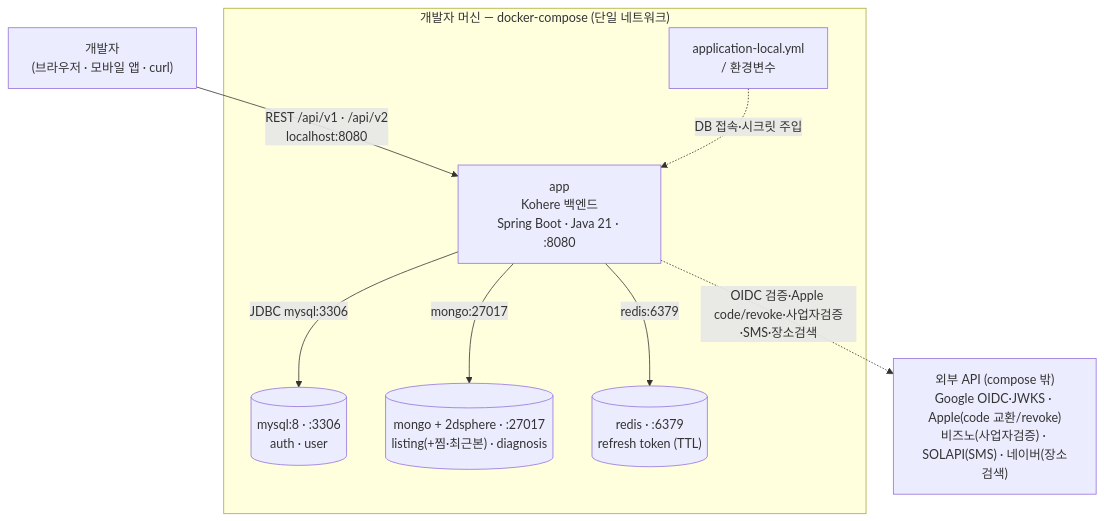
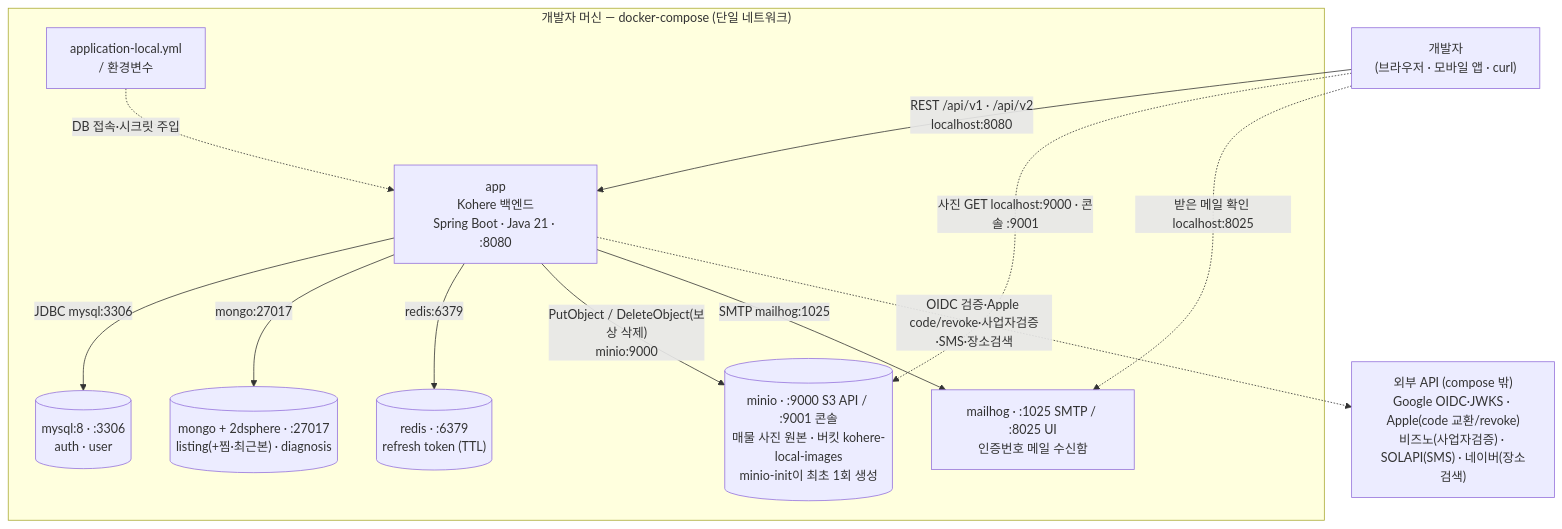
Before and after one commit to jameskim9509/Kohere-backend: the third of 5 diagrams in docs/architecture/system-overview.md, drawn with Mermaid. The commit also changed other lines of this file and 9 other files, not shown here.

First line of the commit message:
docs(architecture): 사진 저장소를 아키텍처 문서에 반영한다

````diff
--- a/docs/architecture/system-overview.md
+++ b/docs/architecture/system-overview.md
@@ -151,21 +153,27 @@
 ```mermaid
 flowchart TB
     DEV["개발자<br/>(브라우저 · 모바일 앱 · curl)"]
 
     subgraph Host["개발자 머신 — docker-compose (단일 네트워크)"]
       APP["app<br/>Kohere 백엔드<br/>Spring Boot · Java 21 · :8080"]
       CFG["application-local.yml<br/>/ 환경변수"]
       MYSQL[("mysql:8 · :3306<br/>auth · user")]
       MONGO[("mongo + 2dsphere · :27017<br/>listing(+찜·최근본) · diagnosis")]
       REDIS[("redis · :6379<br/>refresh token (TTL)")]
+      MINIO[("minio · :9000 S3 API / :9001 콘솔<br/>매물 사진 원본 · 버킷 kohere-local-images<br/>minio-init이 최초 1회 생성")]
+      MAILHOG["mailhog · :1025 SMTP / :8025 UI<br/>인증번호 메일 수신함"]
     end
 
     EXT["외부 API (compose 밖)<br/>Google OIDC·JWKS · Apple(code 교환/revoke)<br/>비즈노(사업자검증) · SOLAPI(SMS) · 네이버(장소검색)"]
 
     DEV -- "REST /api/v1 · /api/v2<br/>localhost:8080" --> APP
     CFG -. "DB 접속·시크릿 주입" .-> APP
     APP -- "JDBC  mysql:3306" --> MYSQL
     APP -- "mongo:27017" --> MONGO
     APP -- "redis:6379" --> REDIS
+    APP -- "PutObject / DeleteObject(보상 삭제)<br/>minio:9000" --> MINIO
+    APP -- "SMTP  mailhog:1025" --> MAILHOG
+    DEV -. "사진 GET localhost:9000 · 콘솔 :9001" .-> MINIO
+    DEV -. "받은 메일 확인 localhost:8025" .-> MAILHOG
     APP -. "OIDC 검증·Apple code/revoke·사업자검증·SMS·장소검색" .-> EXT
 ```
````
